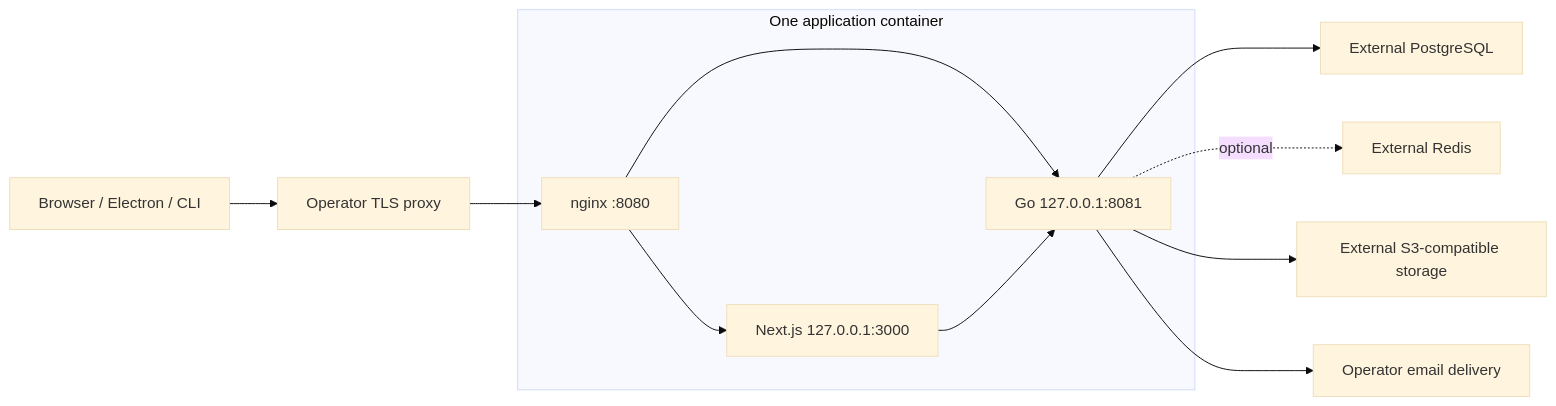
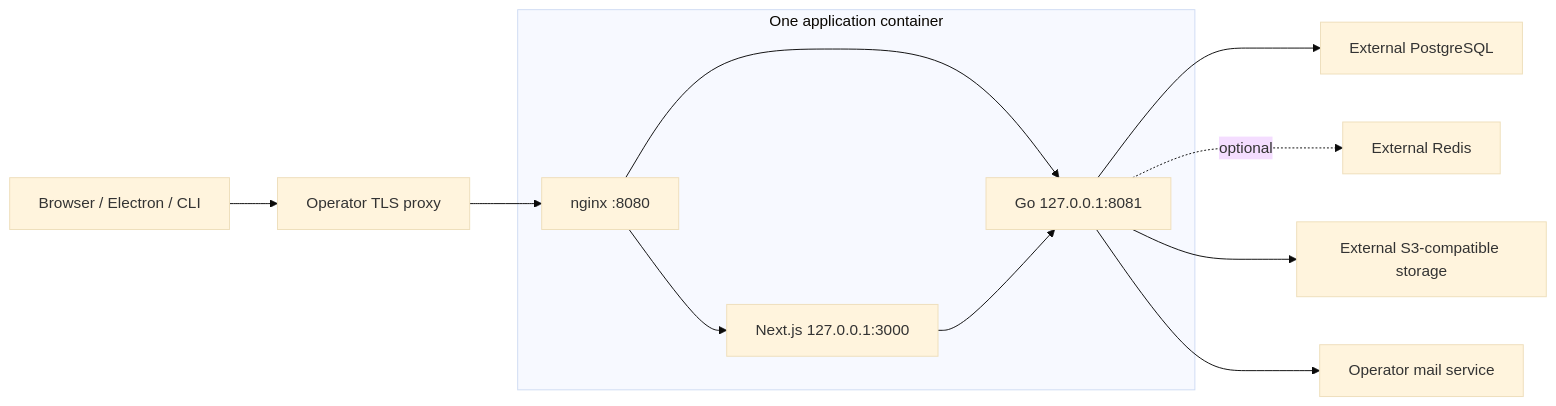
One commit to wsshow/multica changed the diagram in docs/integrated-image.md. Above: the diagram before and after it, drawn with Mermaid (base theme). The commit also changed other lines of this file and 38 other files, not shown here.

````diff
--- a/docs/integrated-image.md
+++ b/docs/integrated-image.md
@@ -11,14 +11,14 @@
 ```mermaid
 flowchart LR
     clients[Browser / Electron / CLI] --> edge[Operator TLS proxy]
     edge --> gateway
     subgraph image[One application container]
         gateway[nginx :8080] --> web[Next.js 127.0.0.1:3000]
         gateway --> api[Go 127.0.0.1:8081]
         web --> api
     end
     api --> postgres[External PostgreSQL]
     api -. optional .-> redis[External Redis]
     api --> objects[External S3-compatible storage]
-    api --> email[Operator email delivery]
+    api --> email[Operator mail service]
 ```
````
